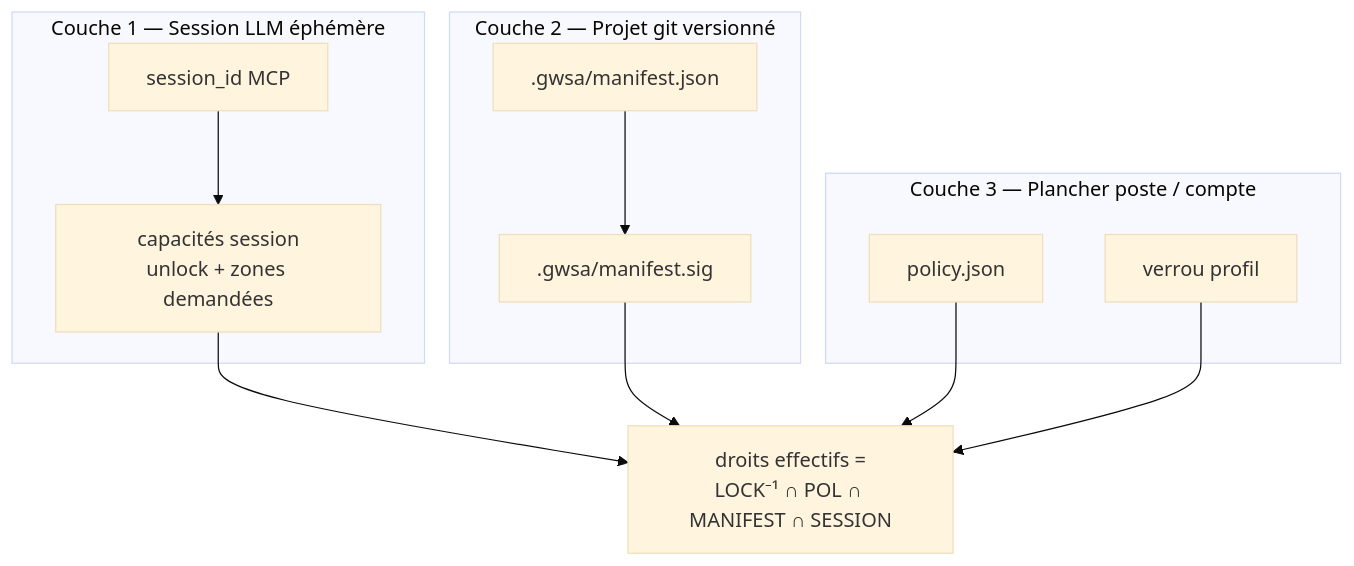
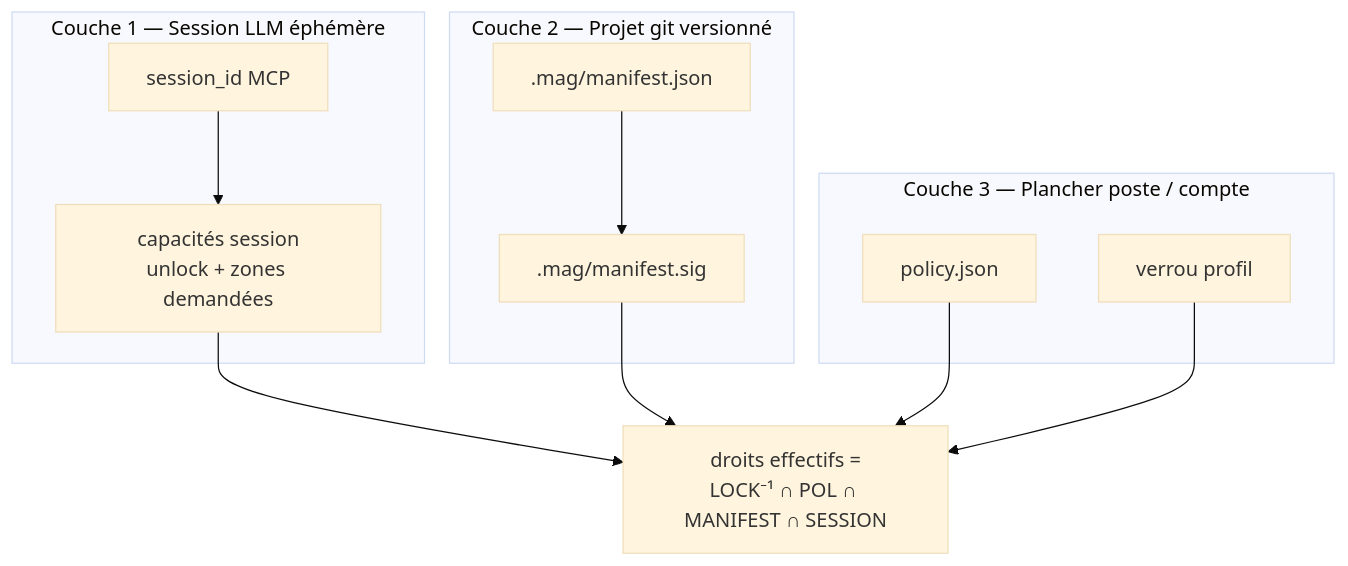
The sixth of 7 diagrams in features/0045-capacites-projet-signees.md (elzinko/google-mcp-multi-account), drawn with Mermaid (base theme) before and after one commit. The commit also changed other lines of this file and 123 other files, not shown here.

````diff
--- a/features/0045-capacites-projet-signees.md
+++ b/features/0045-capacites-projet-signees.md
@@ -545,26 +545,26 @@
 ```mermaid
 flowchart TB
   subgraph session [Couche 1 — Session LLM éphémère]
     SID[session_id MCP]
     SCAP[capacités session\nunlock + zones demandées]
   end
 
   subgraph projet [Couche 2 — Projet git versionné]
-    MAN[.gwsa/manifest.json]
-    SIG[.gwsa/manifest.sig]
+    MAN[.mag/manifest.json]
+    SIG[.mag/manifest.sig]
   end
 
   subgraph poste [Couche 3 — Plancher poste / compte]
     POL[policy.json]
     LOCK[verrou profil]
   end
 
   EFF["droits effectifs =\nLOCK⁻¹ ∩ POL ∩ MANIFEST ∩ SESSION"]
 
   SID --> SCAP
   MAN --> SIG
   SCAP --> EFF
   SIG --> EFF
   POL --> EFF
   LOCK --> EFF
 ```
````
